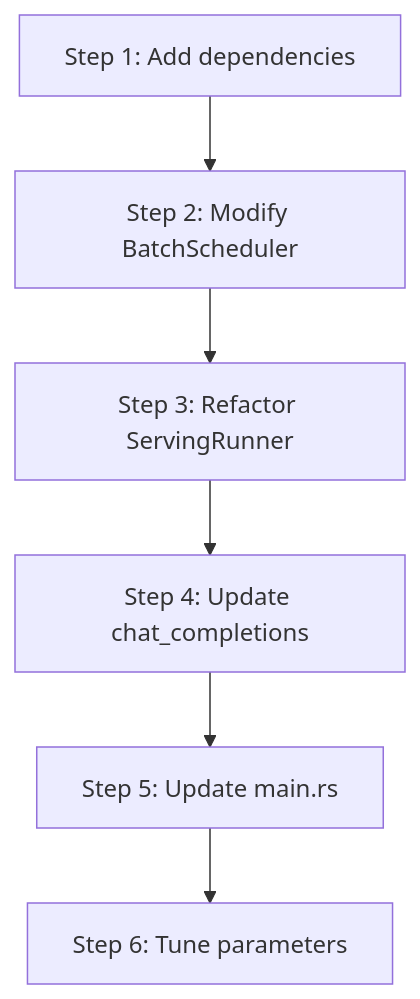
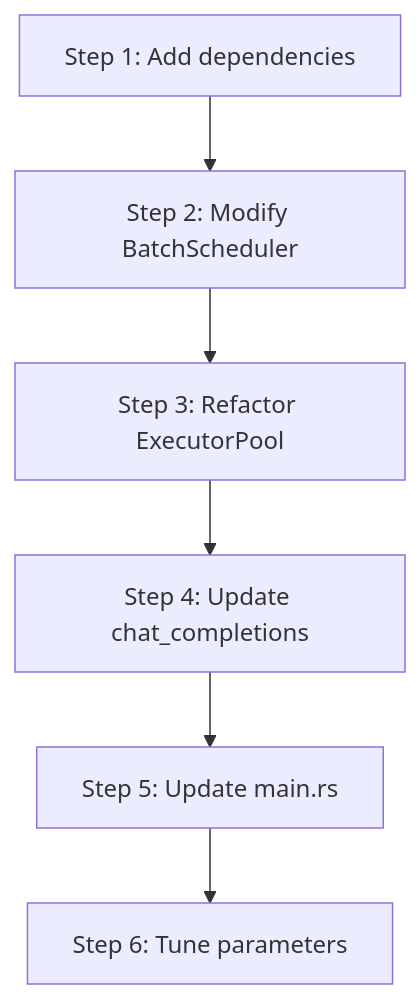
The diagram in docs/configuration/optimization.md (lucienhuangfu/eLLM), drawn with Mermaid before and after one commit. The commit also changed other lines of this file and 28 other files, not shown here.

First line of the commit message:
Introduce ExecutorPool and plan-based scheduling

````diff
--- a/docs/configuration/optimization.md
+++ b/docs/configuration/optimization.md
@@ -51,8 +51,8 @@
 ```mermaid
 flowchart TD
     A[Step 1: Add dependencies] --> B[Step 2: Modify BatchScheduler]
-    B --> C[Step 3: Refactor ServingRunner]
+    B --> C[Step 3: Refactor ExecutorPool]
     C --> D[Step 4: Update chat_completions]
     D --> E[Step 5: Update main.rs]
     E --> F[Step 6: Tune parameters]
 ```
````
